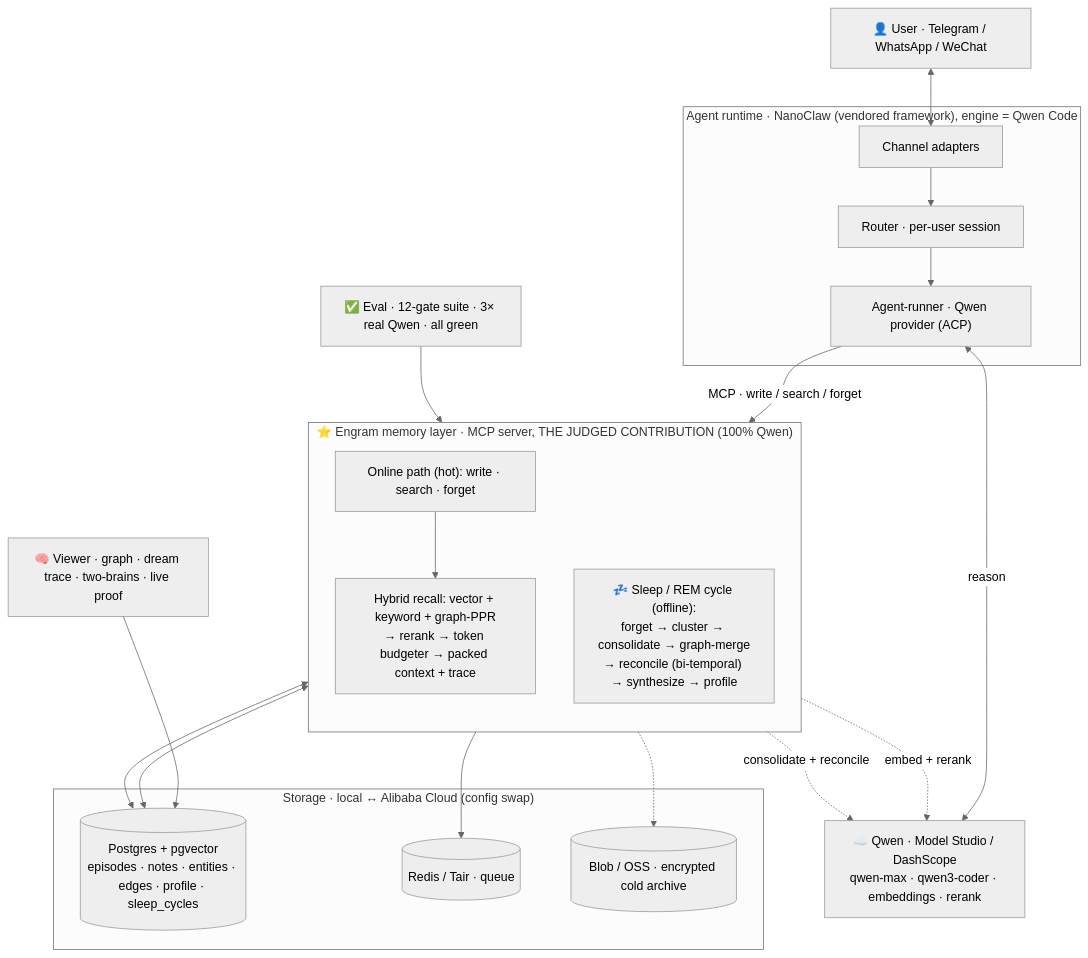
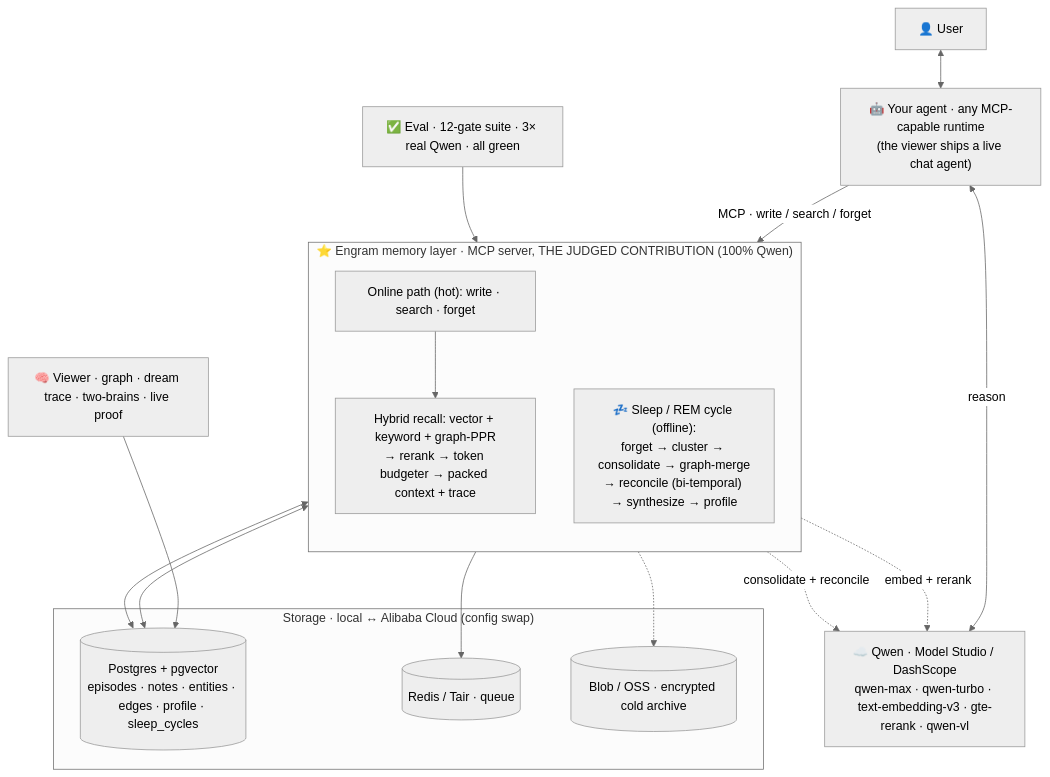
The diagram in ARCHITECTURE.md (tzechong94/engram), drawn with Mermaid (neutral theme) before and after one commit. The commit also changed other lines of this file and 581 other files, not shown here.

````diff
--- a/ARCHITECTURE.md
+++ b/ARCHITECTURE.md
@@ -13,39 +13,37 @@
 ```mermaid
 flowchart TB
-  User["👤 User · Telegram / WhatsApp / WeChat"]
+  User["👤 User"]
 
-  subgraph AGENT["Agent runtime · NanoClaw (vendored framework), engine = Qwen Code"]
-    ADAPT["Channel adapters"] --> ROUTER["Router · per-user session"] --> RUNNER["Agent-runner · Qwen provider (ACP)"]
-  end
+  AGENT["🤖 Your agent · any MCP-capable runtime<br/>(the viewer ships a live chat agent)"]
 
-  QWEN["☁️ Qwen · Model Studio / DashScope<br/>qwen-max · qwen3-coder · embeddings · rerank"]
+  QWEN["☁️ Qwen · Model Studio / DashScope<br/>qwen-max · qwen-turbo · text-embedding-v3 · gte-rerank · qwen-vl"]
 
   subgraph ENGRAM["⭐ Engram memory layer · MCP server, THE JUDGED CONTRIBUTION (100% Qwen)"]
     direction TB
     ONLINE["Online path (hot): write · search · forget"]
     RECALL["Hybrid recall: vector + keyword + graph-PPR<br/>→ rerank → token budgeter → packed context + trace"]
     SLEEP["💤 Sleep / REM cycle (offline):<br/>forget → cluster → consolidate → graph-merge<br/>→ reconcile (bi-temporal) → synthesize → profile"]
     ONLINE --> RECALL
   end
 
   subgraph STORE["Storage · local ↔ Alibaba Cloud (config swap)"]
     PG[("Postgres + pgvector<br/>episodes · notes · entities · edges · profile · sleep_cycles")]
     REDIS[("Redis / Tair · queue")]
     BLOB[("Blob / OSS · encrypted cold archive")]
   end
 
   VIEWER["🧠 Viewer · graph · dream trace · two-brains · live proof"]
   EVAL["✅ Eval · 12-gate suite · 3× real Qwen · all green"]
 
-  User <--> ADAPT
-  RUNNER <-->|reason| QWEN
-  RUNNER -->|"MCP · write / search / forget"| ONLINE
+  User <--> AGENT
+  AGENT <-->|reason| QWEN
+  AGENT -->|"MCP · write / search / forget"| ONLINE
   ONLINE <--> PG
   RECALL -. embed + rerank .-> QWEN
   SLEEP <--> PG
   SLEEP -. consolidate + reconcile .-> QWEN
   ONLINE -.-> BLOB
   ONLINE --> REDIS
   VIEWER --> PG
   EVAL --> ENGRAM
 ```
````
